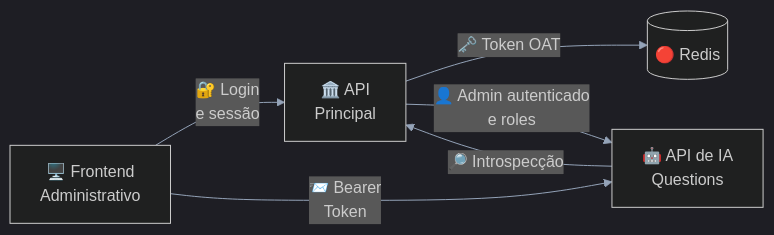
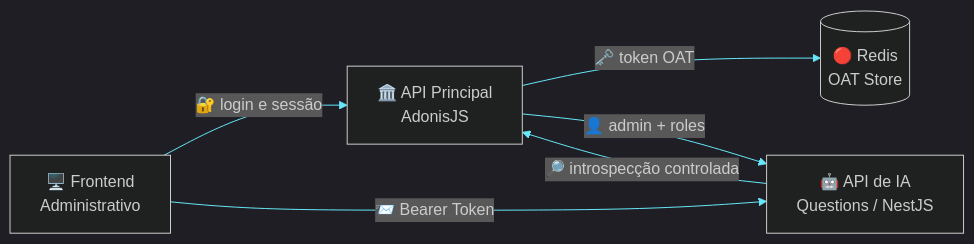
Before and after one commit to matheusdiamantino-betalent/IA: the first of 9 diagrams in RFC-0001-Auth.md, drawn with Mermaid. The commit also changed other lines of this file, not shown here.

````diff
--- a/RFC-0001-Auth.md
+++ b/RFC-0001-Auth.md
@@ -284,22 +314,26 @@
 ```mermaid
 %%{init: {'theme':'dark','themeVariables': {
-  'primaryColor':'#111827',
-  'primaryTextColor':'#e5e7eb',
-  'primaryBorderColor':'#6366f1',
-  'lineColor':'#94a3b8',
-  'secondaryColor':'#0f172a',
-  'tertiaryColor':'#1f2937',
-  'fontFamily':'Inter, Segoe UI, Arial'
+  'background':'#020617',
+  'primaryColor':'#0f172a',
+  'primaryTextColor':'#e2e8f0',
+  'primaryBorderColor':'#22d3ee',
+  'lineColor':'#67e8f9',
+  'secondaryColor':'#111827',
+  'tertiaryColor':'#1e293b',
+  'clusterBkg':'#0b1120',
+  'clusterBorder':'#38bdf8',
+  'fontFamily':'Inter, Segoe UI, Arial',
+  'fontSize':'16px'
 }}}%%
 flowchart LR
-    FE["🖥️ Frontend\nAdministrativo"]
-    AP["🏛️ API\nPrincipal"]
-    RD[("🔴 Redis")]
-    IA["🤖 API de IA\nQuestions"]
+    FE["🖥️ Frontend<br/>Administrativo"]
+    AP["🏛️ API Principal<br/>AdonisJS"]
+    RD[("🔴 Redis<br/>OAT Store")]
+    IA["🤖 API de IA<br/>Questions / NestJS"]
 
-    FE -->|"🔐 Login\ne sessão"| AP
-    AP -->|"🗝️ Token OAT"| RD
-    FE -->|"📨 Bearer\nToken"| IA
-    IA -->|"🔎 Introspecção"| AP
-    AP -->|"👤 Admin autenticado\ne roles"| IA
+    FE -->|"🔐 login e sessão"| AP
+    AP -->|"🗝️ token OAT"| RD
+    FE -->|"📨 Bearer Token"| IA
+    IA -->|"🔎 introspecção controlada"| AP
+    AP -->|"👤 admin + roles"| IA
 ```
````
